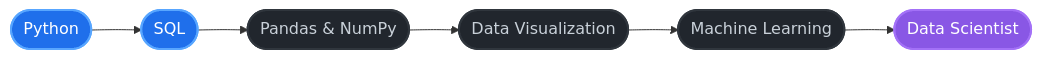
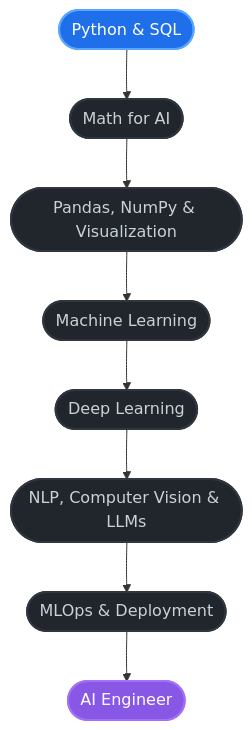
The diagram in README.md (fazlerabbi-data/fazlerabbi-data), drawn with Mermaid before and after one commit. The commit also changed other lines of this file, not shown here.

Commit message:
Update README for AI Engineer focus and roadmap

````diff
--- a/README.md
+++ b/README.md
@@ -69,8 +76,14 @@
 ```mermaid
-flowchart LR
-    A(["Python"]):::now --> B(["SQL"]):::now --> C(["Pandas & NumPy"]):::next --> D(["Data Visualization"]):::next --> E(["Machine Learning"]):::next --> F(["Data Scientist"]):::goal
+flowchart TD
+    A(["Python & SQL"]):::now --> B(["Math for AI"]):::next
+    B --> C(["Pandas, NumPy & Visualization"]):::next
+    C --> D(["Machine Learning"]):::next
+    D --> E(["Deep Learning"]):::next
+    E --> F(["NLP, Computer Vision & LLMs"]):::next
+    F --> G(["MLOps & Deployment"]):::next
+    G --> H(["AI Engineer"]):::goal
 
     classDef now fill:#1f6feb,stroke:#58a6ff,color:#ffffff,stroke-width:2px
     classDef next fill:#21262d,stroke:#30363d,color:#c9d1d9,stroke-width:2px
     classDef goal fill:#8957e5,stroke:#a371f7,color:#ffffff,stroke-width:2px
 ```
````
